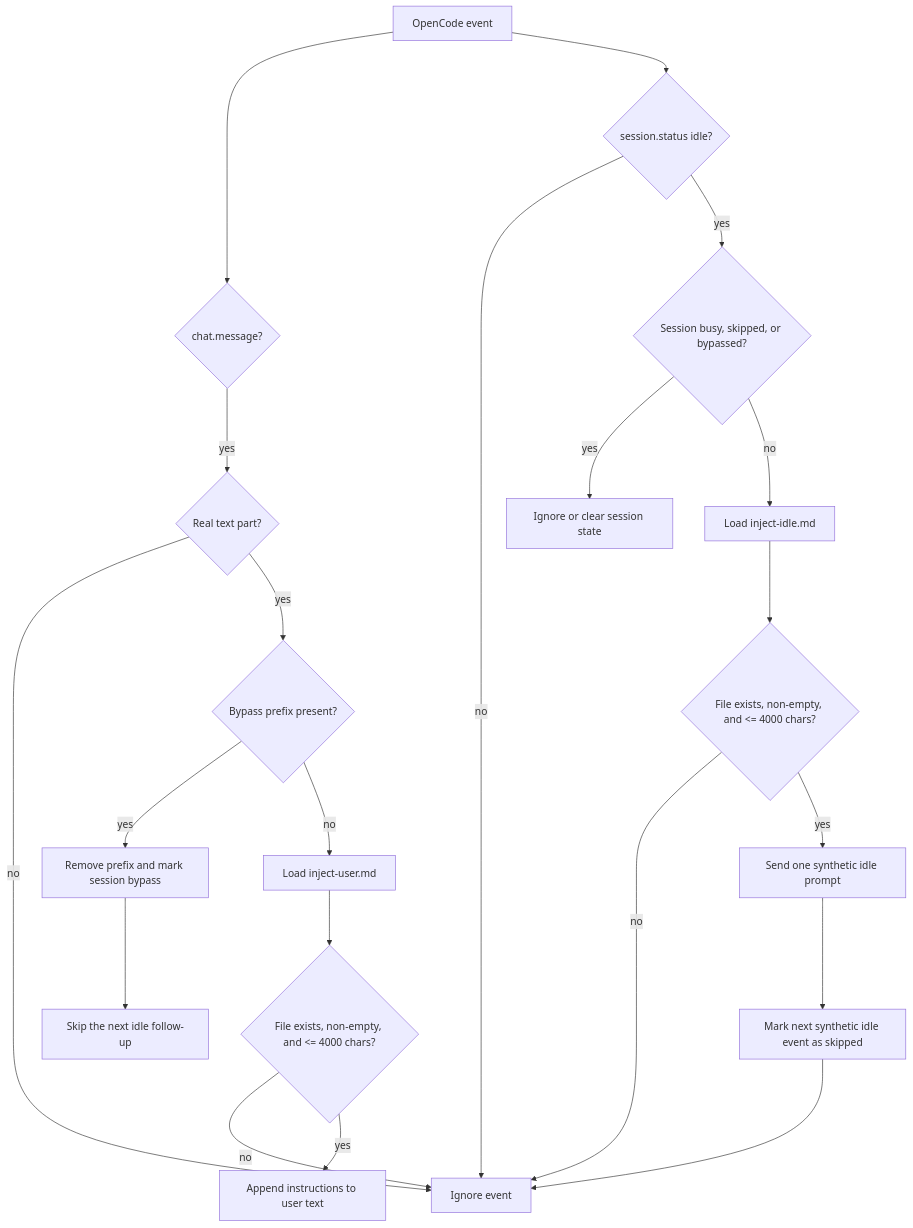
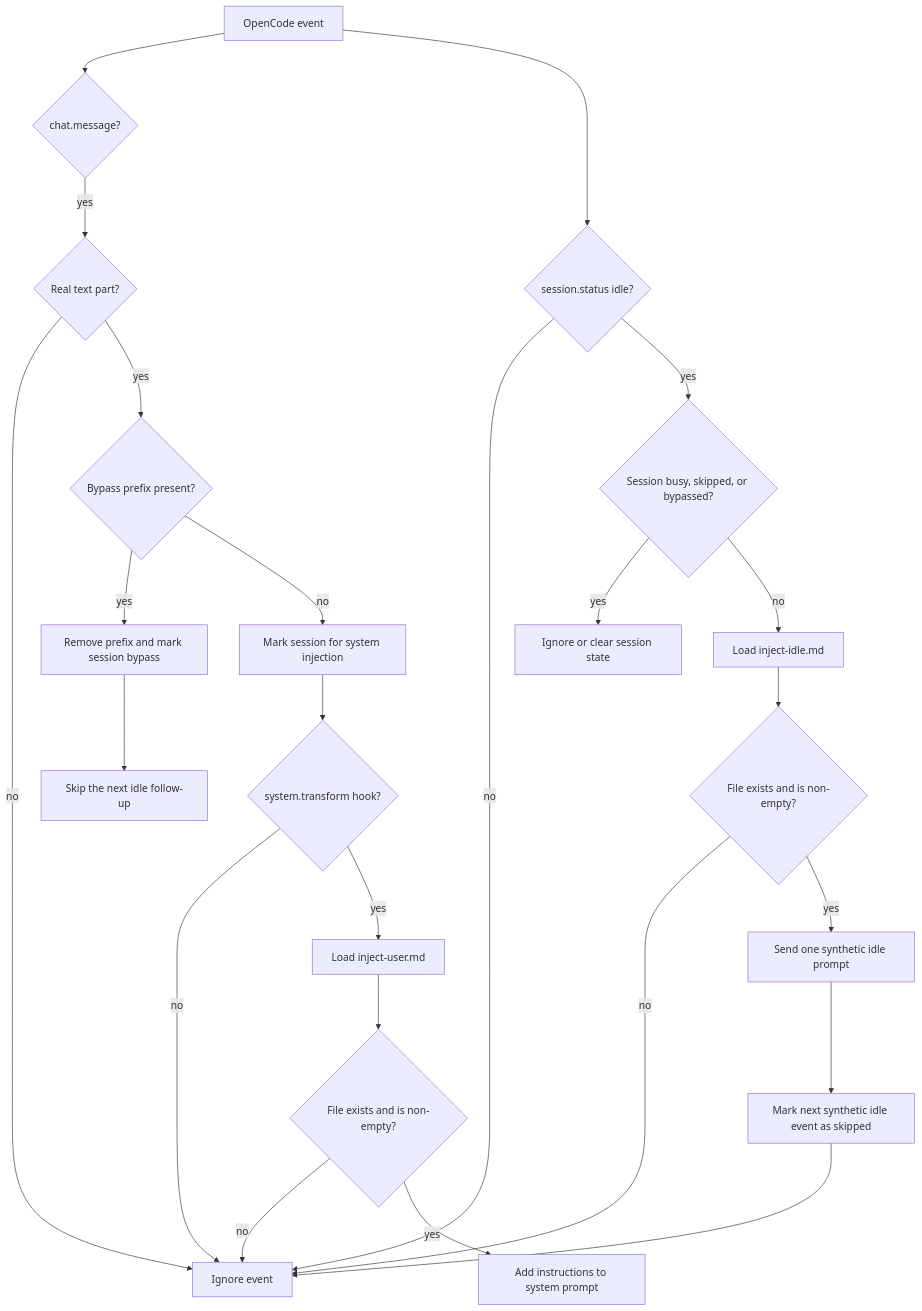
One commit to nobiehl/opencode-context-injector changed the diagram in README.md. Above: the diagram before and after it, drawn with Mermaid. The commit also changed other lines of this file and 10 other files, not shown here.

````diff
--- a/README.md
+++ b/README.md
@@ -27,24 +33,27 @@
 ```mermaid
 flowchart TD
     A[OpenCode event] --> B{chat.message?}
     B -- yes --> C{Real text part?}
     C -- no --> Z[Ignore event]
     C -- yes --> D{Bypass prefix present?}
     D -- yes --> E[Remove prefix and mark session bypass]
     E --> F[Skip the next idle follow-up]
-    D -- no --> G[Load inject-user.md]
-    G --> H{File exists, non-empty, and <= 4000 chars?}
+    D -- no --> G[Mark session for system injection]
+    G --> H{system.transform hook?}
     H -- no --> Z
-    H -- yes --> I[Append instructions to user text]
+    H -- yes --> I[Load inject-user.md]
+    I --> J{File exists and is non-empty?}
+    J -- no --> Z
+    J -- yes --> Q[Add instructions to system prompt]
 
-    A --> J{session.status idle?}
-    J -- no --> Z
-    J -- yes --> K{Session busy, skipped, or bypassed?}
+    A --> R{session.status idle?}
+    R -- no --> Z
+    R -- yes --> K{Session busy, skipped, or bypassed?}
     K -- yes --> L[Ignore or clear session state]
     K -- no --> M[Load inject-idle.md]
-    M --> N{File exists, non-empty, and <= 4000 chars?}
+    M --> N{File exists and is non-empty?}
     N -- no --> Z
     N -- yes --> O[Send one synthetic idle prompt]
     O --> P[Mark next synthetic idle event as skipped]
     P --> Z
 ```
````
